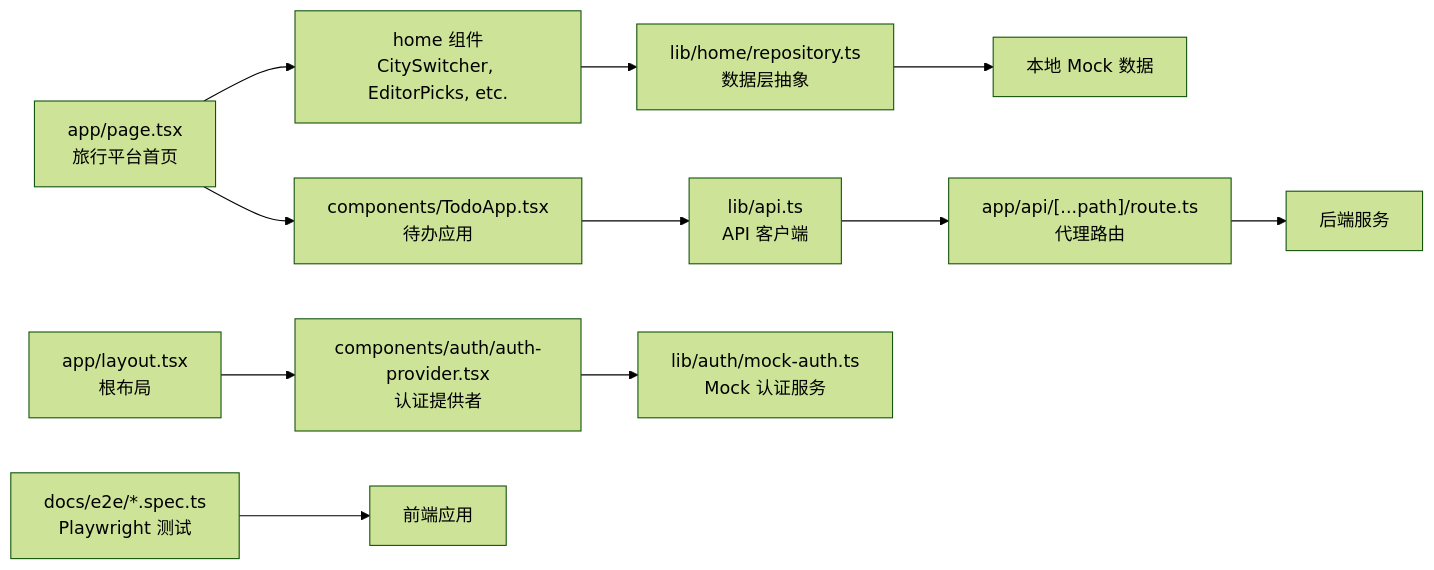
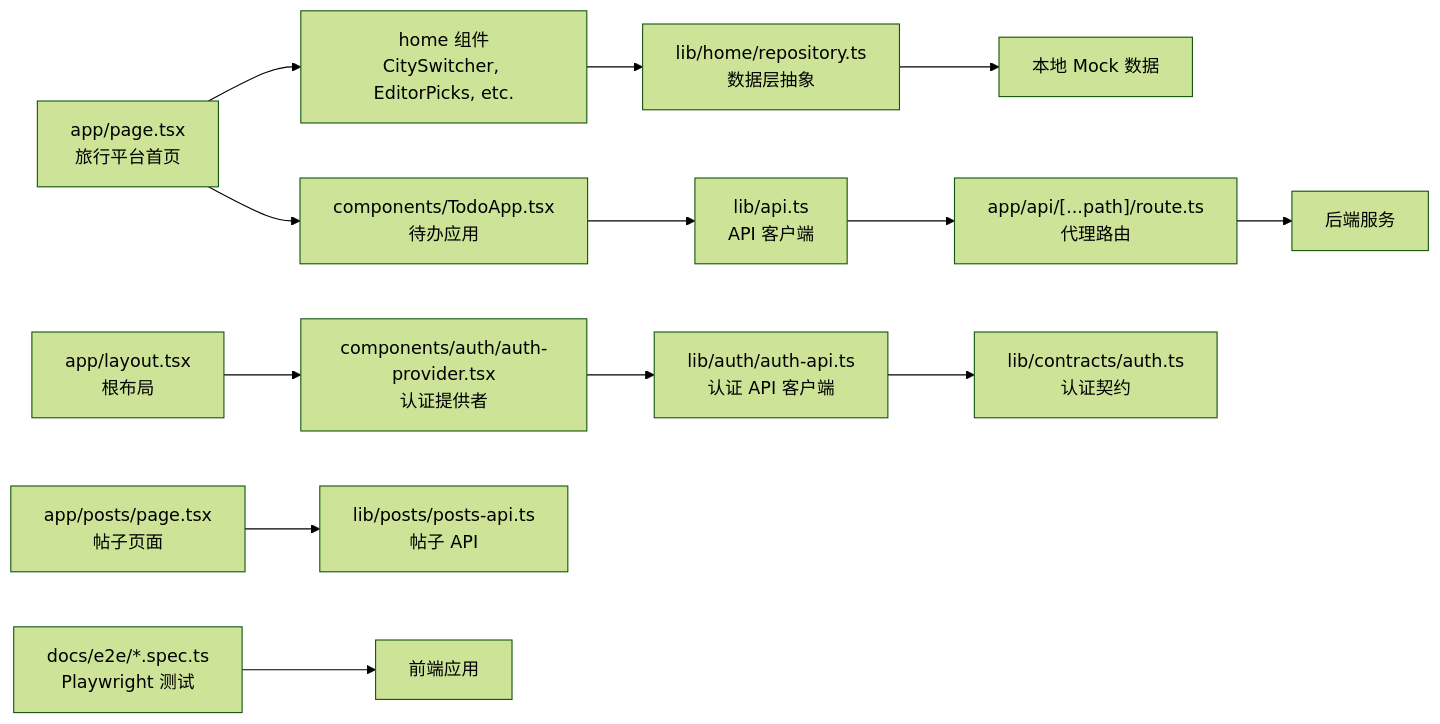
One commit to luyitiger6/my-first-project changed diagram 11 of 12 in .qoder/repowiki/zh/content/前端开发/前端开发.md. Above: the diagram before and after it, drawn with Mermaid (forest theme). The commit also changed other lines of this file and 54 other files, not shown here.

````diff
--- a/.qoder/repowiki/zh/content/前端开发/前端开发.md
+++ b/.qoder/repowiki/zh/content/前端开发/前端开发.md
@@ -518,13 +574,15 @@
 ```mermaid
 graph LR
 Page["app/page.tsx<br/>旅行平台首页"] --> Components["home 组件<br/>CitySwitcher, EditorPicks, etc."]
 Components --> Repo["lib/home/repository.ts<br/>数据层抽象"]
 Repo --> MockData["本地 Mock 数据"]
 Page --> TodoApp["components/TodoApp.tsx<br/>待办应用"]
 TodoApp --> Api["lib/api.ts<br/>API 客户端"]
 Api --> Proxy["app/api/[...path]/route.ts<br/>代理路由"]
 Proxy --> Backend["后端服务"]
 Layout["app/layout.tsx<br/>根布局"] --> AuthProvider["components/auth/auth-provider.tsx<br/>认证提供者"]
-AuthProvider --> MockAuth["lib/auth/mock-auth.ts<br/>Mock 认证服务"]
+AuthProvider --> AuthApi["lib/auth/auth-api.ts<br/>认证 API 客户端"]
+AuthApi --> Contracts["lib/contracts/auth.ts<br/>认证契约"]
+PostsPage["app/posts/page.tsx<br/>帖子页面"] --> PostsApi["lib/posts/posts-api.ts<br/>帖子 API"]
 E2ETests["docs/e2e/*.spec.ts<br/>Playwright 测试"] --> Frontend["前端应用"]
 ```
````
